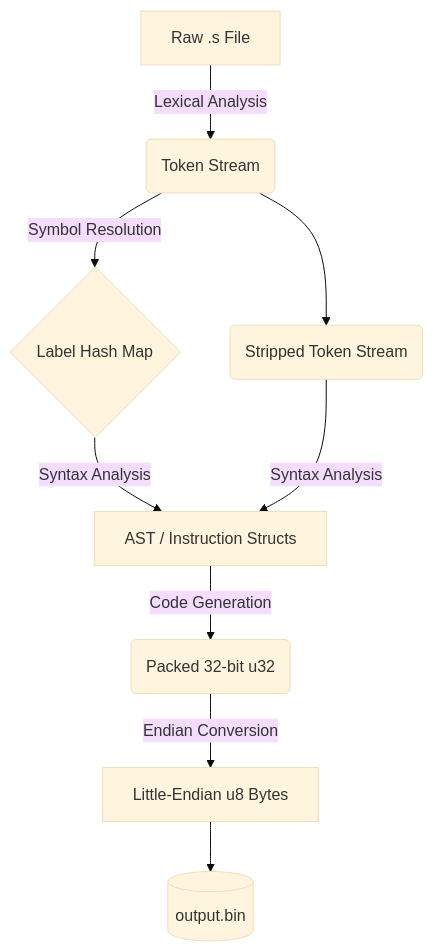
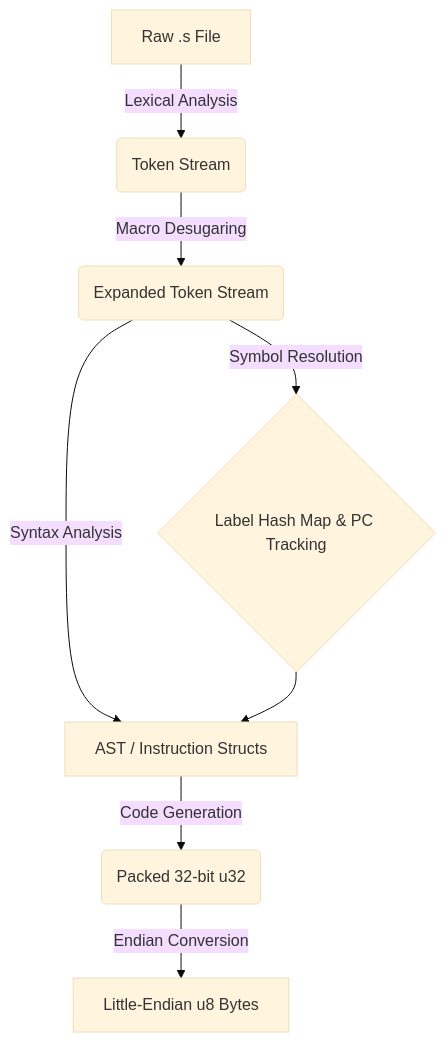
One commit to JeronimoCapelle/Pure-V changed the diagram in README.md. Above: the diagram before and after it, drawn with Mermaid (base theme). The commit also changed other lines of this file and 4 other files, not shown here.

````diff
--- a/README.md
+++ b/README.md
@@ -16,12 +17,11 @@
 ```mermaid
 graph TD;
     A[Raw .s File] -->|Lexical Analysis| B(Token Stream)
-    B -->|Symbol Resolution| C{Label Hash Map}
-    B --> D(Stripped Token Stream)
+    B -->|Macro Desugaring| C(Expanded Token Stream)
+    C -->|Symbol Resolution| D{Label Hash Map & PC Tracking}
     C -->|Syntax Analysis| E[AST / Instruction Structs]
-    D -->|Syntax Analysis| E
+    D --> E
     E -->|Code Generation| F(Packed 32-bit u32)
     F -->|Endian Conversion| G[Little-Endian u8 Bytes]
-    G --> H[(output.bin)]
 
 ```
````
